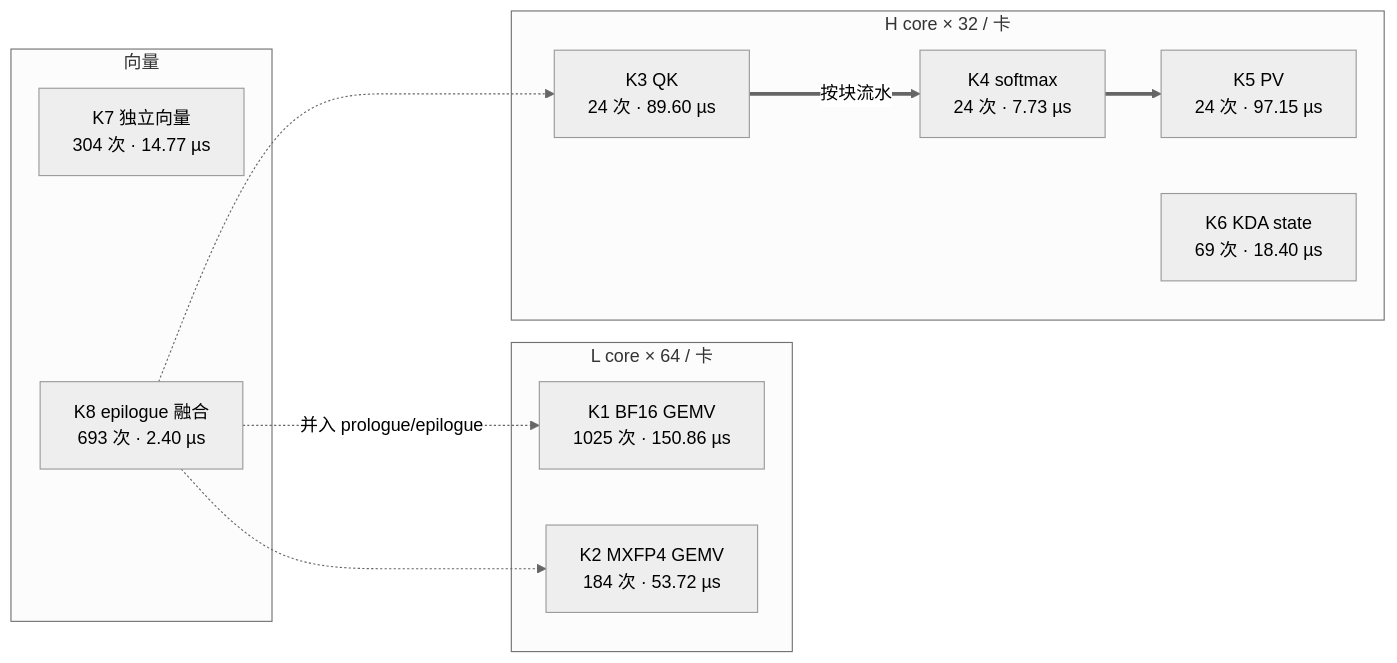
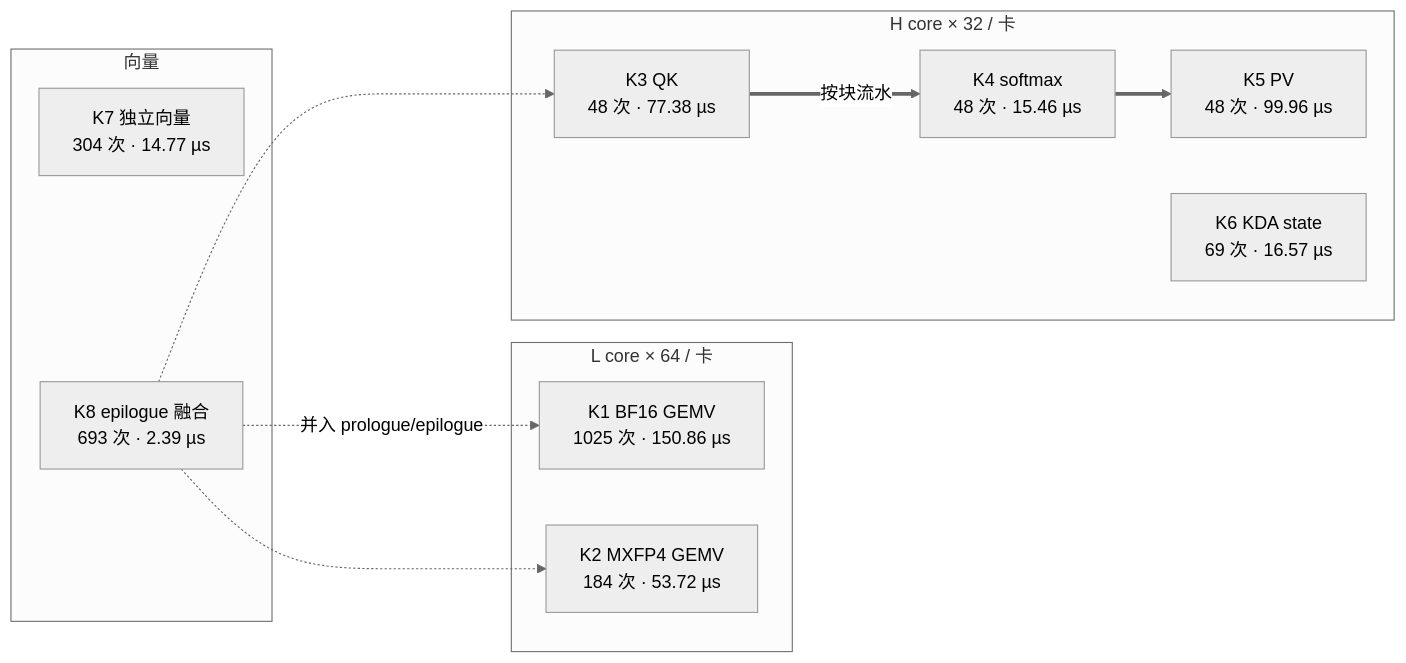
Before and after one commit to xqdan/xihu: the second of 6 diagrams in teams/software/docs/KERNEL_SPEC.md, drawn with Mermaid (neutral theme). The commit also changed other lines of this file and 36 other files, not shown here.

````diff
--- a/teams/software/docs/KERNEL_SPEC.md
+++ b/teams/software/docs/KERNEL_SPEC.md
@@ -53,21 +53,21 @@
 ```mermaid
 flowchart LR
   subgraph LCORE["L core × 64 / 卡"]
     K1["K1 BF16 GEMV<br/>1025 次 · 150.86 µs"]
     K2["K2 MXFP4 GEMV<br/>184 次 · 53.72 µs"]
   end
   subgraph HCORE["H core × 32 / 卡"]
-    K3["K3 QK<br/>24 次 · 89.60 µs"]
-    K4["K4 softmax<br/>24 次 · 7.73 µs"]
-    K5["K5 PV<br/>24 次 · 97.15 µs"]
-    K6["K6 KDA state<br/>69 次 · 18.40 µs"]
+    K3["K3 QK<br/>48 次 · 77.38 µs"]
+    K4["K4 softmax<br/>48 次 · 15.46 µs"]
+    K5["K5 PV<br/>48 次 · 99.96 µs"]
+    K6["K6 KDA state<br/>69 次 · 16.57 µs"]
   end
   subgraph VEC["向量"]
     K7["K7 独立向量<br/>304 次 · 14.77 µs"]
-    K8["K8 epilogue 融合<br/>693 次 · 2.40 µs"]
+    K8["K8 epilogue 融合<br/>693 次 · 2.39 µs"]
   end
   K8 -.->|"并入 prologue/epilogue"| K1
   K8 -.-> K2
   K8 -.-> K3
   K3 ==>|"按块流水"| K4 ==> K5
 ```
````
